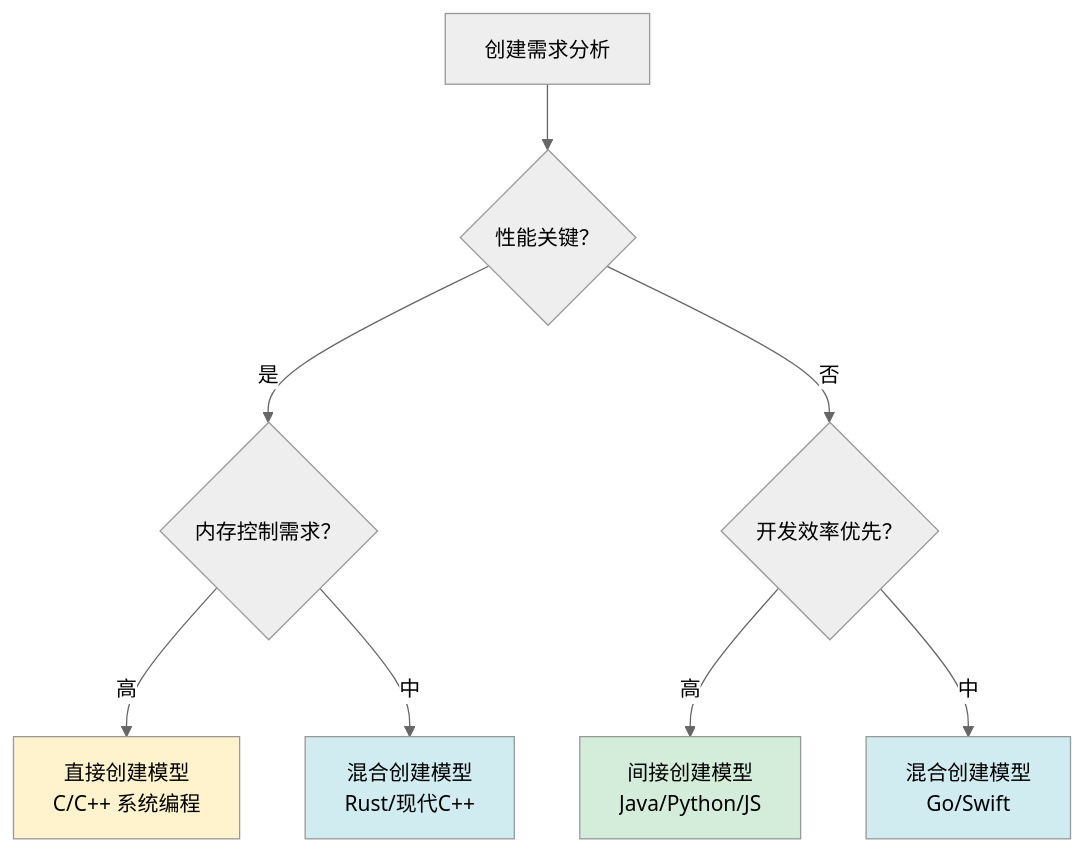
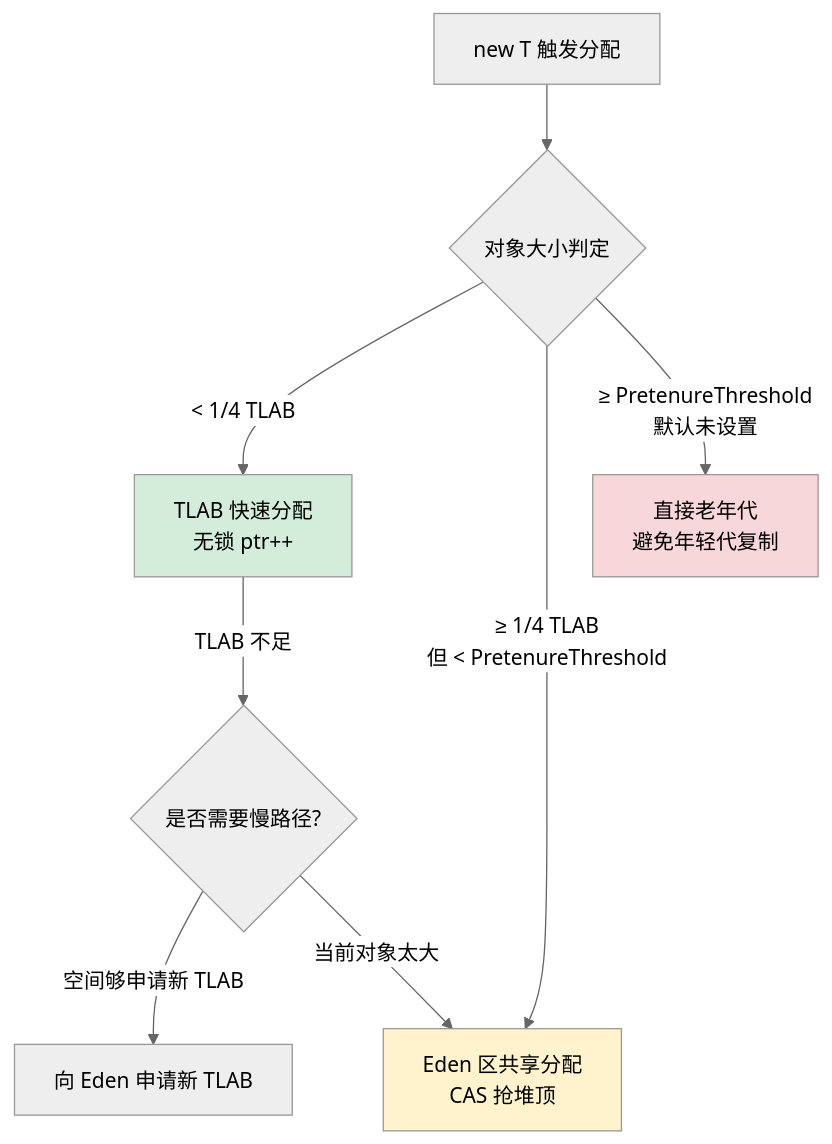
Before and after one commit to chongyang211/YCBookBlog: the tenth of 25 diagrams in 00.通用技术的提升/02.程序编程原理/08.对象创建流程原理.md, drawn with Mermaid (neutral theme). The commit also changed other lines of this file and 4 other files, not shown here.

````diff
--- a/00.通用技术的提升/02.程序编程原理/08.对象创建流程原理.md
+++ b/00.通用技术的提升/02.程序编程原理/08.对象创建流程原理.md
@@ -391,18 +817,15 @@
 ```mermaid
-flowchart TD
-    A[创建需求分析] --> B{性能关键？}
+graph TB
+    A[new T 触发分配] --> B{对象大小判定}
+    B -->|< 1/4 TLAB| C[TLAB 快速分配<br/>无锁 ptr++]
+    B -->|≥ 1/4 TLAB<br/>但 < PretenureThreshold| D[Eden 区共享分配<br/>CAS 抢堆顶]
+    B -->|≥ PretenureThreshold<br/>默认未设置| E[直接老年代<br/>避免年轻代复制]
     
-    B -->|是| C{内存控制需求？}
-    B -->|否| D{开发效率优先？}
+    C -->|TLAB 不足| F{是否需要慢路径?}
+    F -->|空间够申请新 TLAB| G[向 Eden 申请新 TLAB]
+    F -->|当前对象太大| D
     
-    C -->|高| E[直接创建模型<br/>C/C++ 系统编程]
-    C -->|中| F[混合创建模型<br/>Rust/现代C++]
-    
-    D -->|高| G[间接创建模型<br/>Java/Python/JS]
-    D -->|中| H[混合创建模型<br/>Go/Swift]
-    
-    style E fill:#fff3cd
-    style G fill:#d4edda
-    style F fill:#d1ecf1
-    style H fill:#d1ecf1
+    style C fill:#d4edda
+    style D fill:#fff3cd
+    style E fill:#f8d7da
 ```
````
